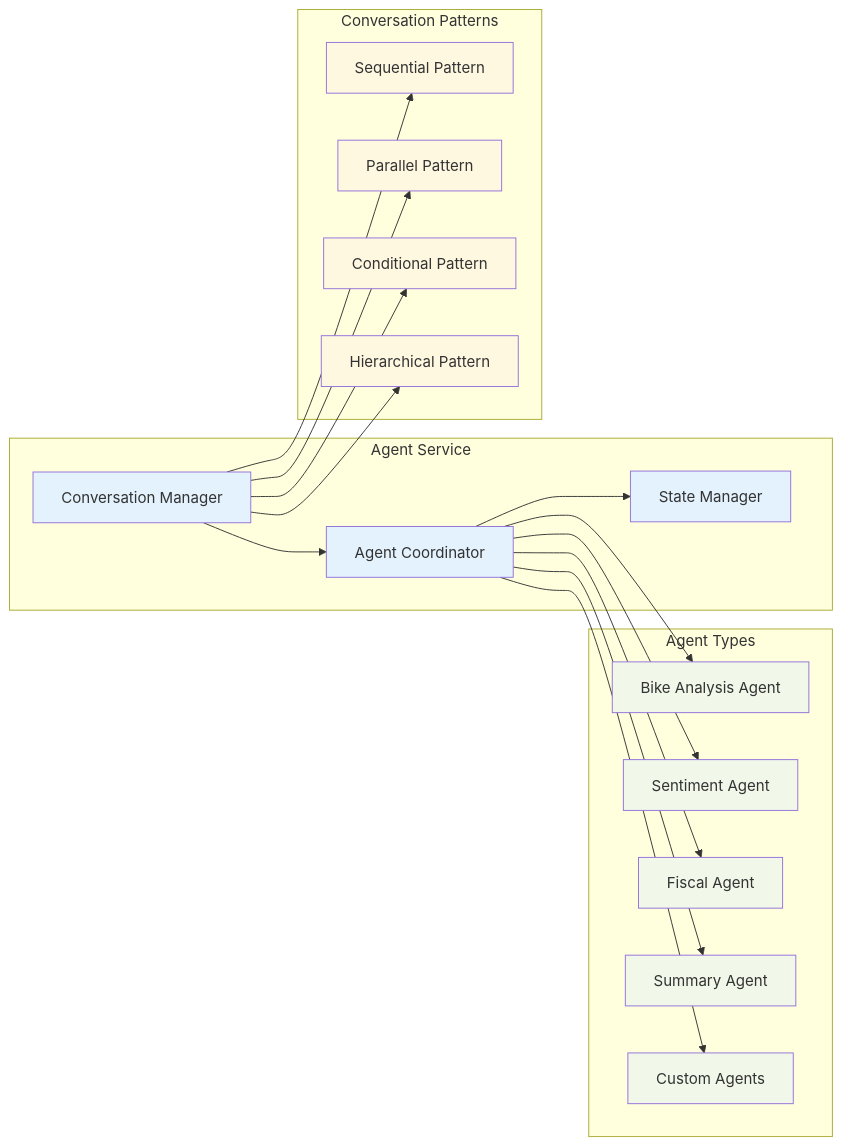
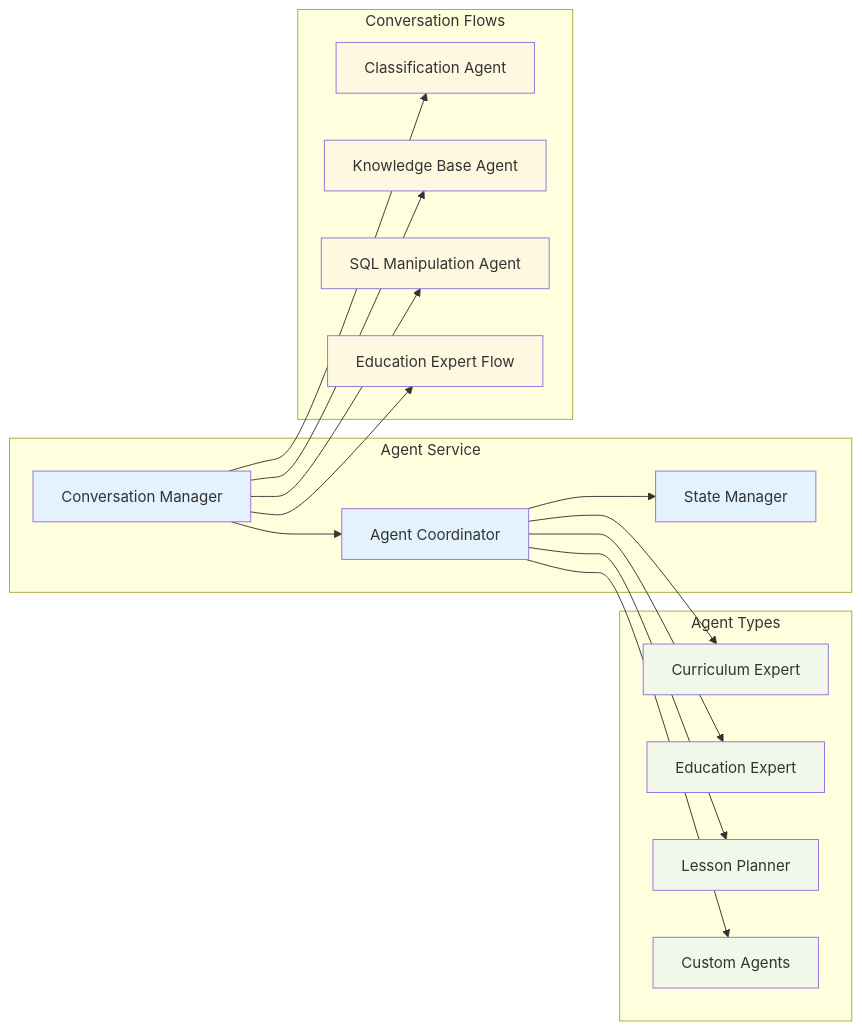
One commit to the-ingenious-dark-knight/Insight_Ingenious changed the second of 13 diagrams in docs/architecture/README.md. Above: the diagram before and after it, drawn with Mermaid. The commit also changed other lines of this file and 3 other files, not shown here.

Commit message:
fix: Update API documentation to include new workflows and agents for classification and education

````diff
--- a/docs/architecture/README.md
+++ b/docs/architecture/README.md
@@ -91,44 +91,42 @@
 ```mermaid
 graph LR
     subgraph "Agent Service"
         MANAGER[Conversation Manager]
         COORDINATOR[Agent Coordinator]
         STATE[State Manager]
     end
 
     subgraph "Agent Types"
-        BIKE[Bike Analysis Agent]
-        SENTIMENT[Sentiment Agent]
-        FISCAL[Fiscal Agent]
-        SUMMARY[Summary Agent]
+        CURRICULUM[Curriculum Expert]
+        EDUCATION[Education Expert]
+        LESSON[Lesson Planner]
         CUSTOM[Custom Agents]
     end
 
-    subgraph "Conversation Patterns"
-        SEQUENTIAL[Sequential Pattern]
-        PARALLEL[Parallel Pattern]
-        CONDITIONAL[Conditional Pattern]
-        HIERARCHICAL[Hierarchical Pattern]
+    subgraph "Conversation Flows"
+        CLASSIFICATION[Classification Agent]
+        KNOWLEDGE[Knowledge Base Agent]
+        SQL[SQL Manipulation Agent]
+        EDUCATION_FLOW[Education Expert Flow]
     end
 
     MANAGER --> COORDINATOR
     COORDINATOR --> STATE
-    COORDINATOR --> BIKE
-    COORDINATOR --> SENTIMENT
-    COORDINATOR --> FISCAL
-    COORDINATOR --> SUMMARY
+    COORDINATOR --> CURRICULUM
+    COORDINATOR --> EDUCATION
+    COORDINATOR --> LESSON
     COORDINATOR --> CUSTOM
 
-    MANAGER --> SEQUENTIAL
-    MANAGER --> PARALLEL
-    MANAGER --> CONDITIONAL
-    MANAGER --> HIERARCHICAL
+    MANAGER --> CLASSIFICATION
+    MANAGER --> KNOWLEDGE
+    MANAGER --> SQL
+    MANAGER --> EDUCATION_FLOW
 
     classDef service fill:#e3f2fd
     classDef agents fill:#f1f8e9
     classDef patterns fill:#fff8e1
 
     class MANAGER,COORDINATOR,STATE service
-    class BIKE,SENTIMENT,FISCAL,SUMMARY,CUSTOM agents
-    class SEQUENTIAL,PARALLEL,CONDITIONAL,HIERARCHICAL patterns
+    class CURRICULUM,EDUCATION,LESSON,CUSTOM agents
+    class CLASSIFICATION,KNOWLEDGE,SQL,EDUCATION_FLOW patterns
 ```
````
